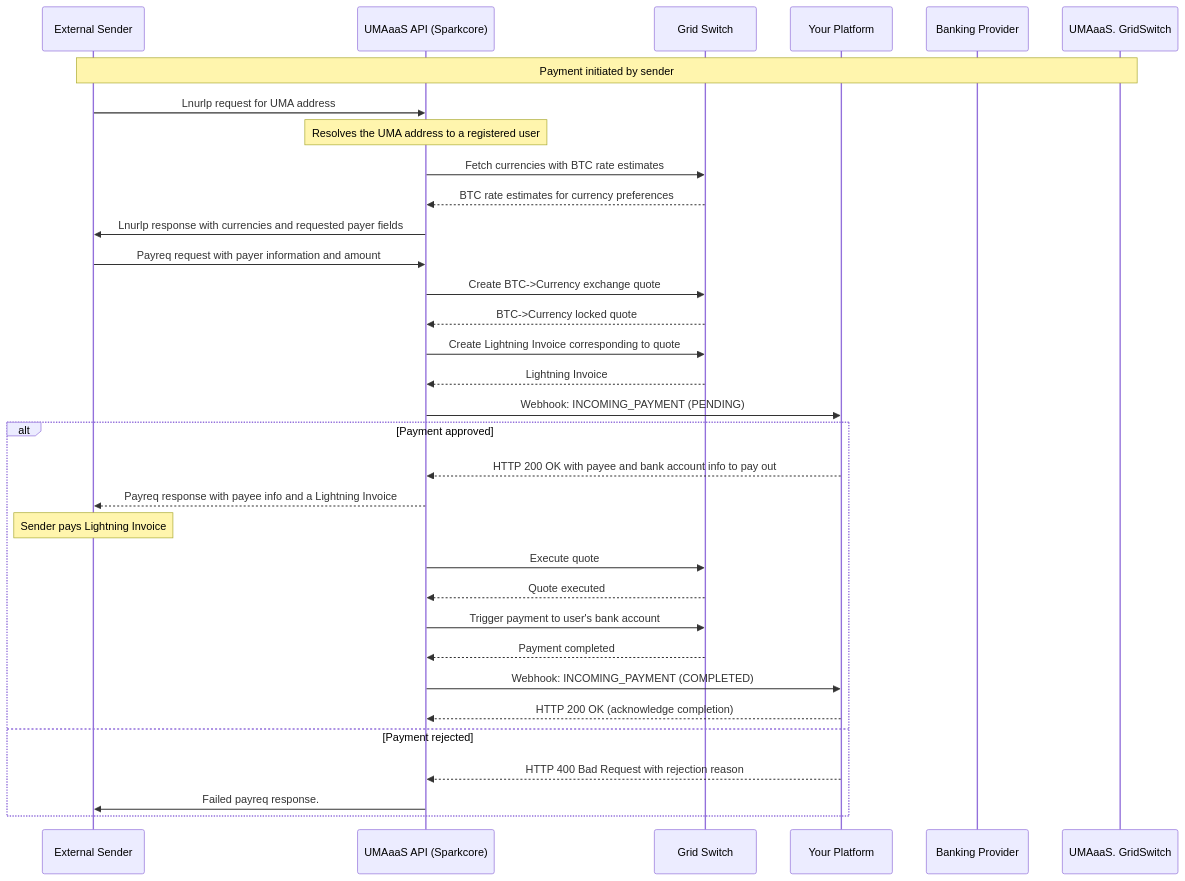
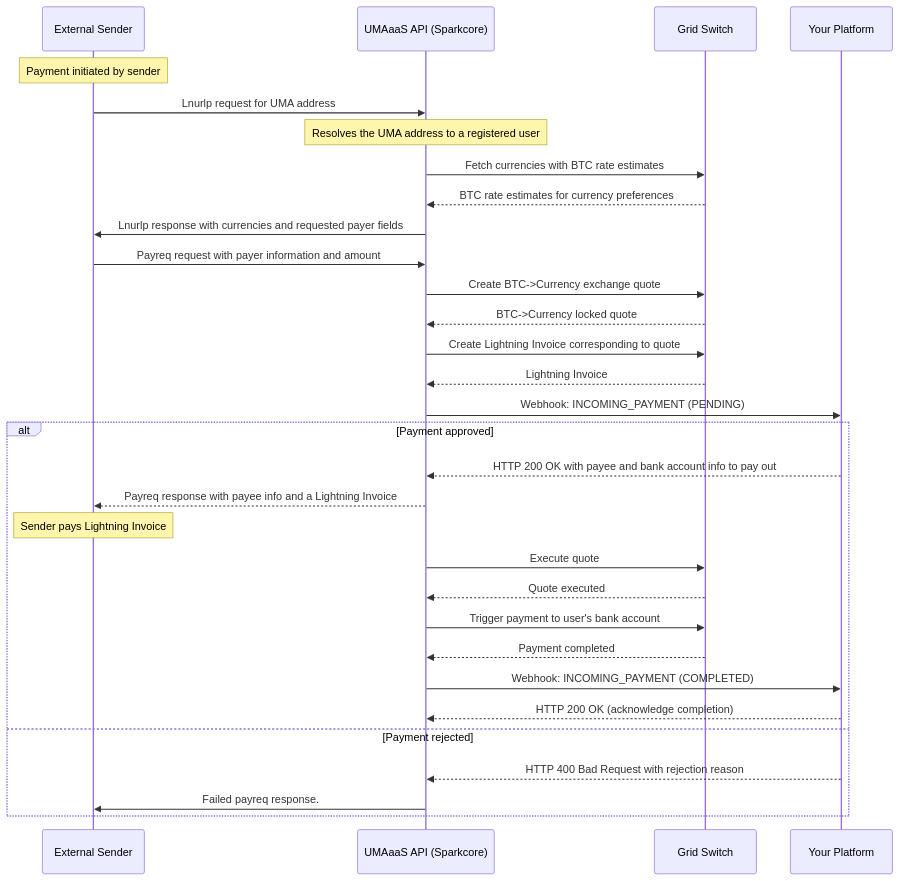
One commit to lightsparkdev/umaaas-api changed the first of 2 diagrams in docusaurus-docs/src/pages/detailed-flows.md. Above: the diagram before and after it, drawn with Mermaid. The commit also changed other lines of this file, not shown here.

Commit message:
Cleanup detailed flows

````diff
--- a/docusaurus-docs/src/pages/detailed-flows.md
+++ b/docusaurus-docs/src/pages/detailed-flows.md
@@ -7,36 +7,35 @@
 ```mermaid
 sequenceDiagram
     participant Sender as External Sender
     participant UMAaaS as UMAaaS API (Sparkcore)
     participant GridSwitch as Grid Switch
     participant Client as Your Platform
-    participant Bank as Banking Provider
     
-    Note over Sender, UMAaaS. GridSwitch: Payment initiated by sender
+    Note over Sender: Payment initiated by sender
     Sender->>UMAaaS: Lnurlp request for UMA address
     Note over UMAaaS: Resolves the UMA address to a registered user
     UMAaaS->>GridSwitch: Fetch currencies with BTC rate estimates
     GridSwitch-->>UMAaaS: BTC rate estimates for currency preferences
     UMAaaS->>Sender: Lnurlp response with currencies and requested payer fields
     Sender->>UMAaaS: Payreq request with payer information and amount
     UMAaaS->>GridSwitch: Create BTC->Currency exchange quote
     GridSwitch-->>UMAaaS: BTC->Currency locked quote
     UMAaaS->>GridSwitch: Create Lightning Invoice corresponding to quote
     GridSwitch-->>UMAaaS: Lightning Invoice
     UMAaaS->>Client: Webhook: INCOMING_PAYMENT (PENDING)
     
     alt Payment approved
         Client-->>UMAaaS: HTTP 200 OK with payee and bank account info to pay out
         UMAaaS-->>Sender: Payreq response with payee info and a Lightning Invoice
         Note over Sender: Sender pays Lightning Invoice
         UMAaaS->>GridSwitch: Execute quote
         GridSwitch-->>UMAaaS: Quote executed
         UMAaaS->>GridSwitch: Trigger payment to user's bank account
         GridSwitch-->>UMAaaS: Payment completed
         UMAaaS->>Client: Webhook: INCOMING_PAYMENT (COMPLETED)
         Client-->>UMAaaS: HTTP 200 OK (acknowledge completion)
     else Payment rejected
         Client-->>UMAaaS: HTTP 400 Bad Request with rejection reason
         UMAaaS->>Sender: Failed payreq response.
     end
 ```
````
